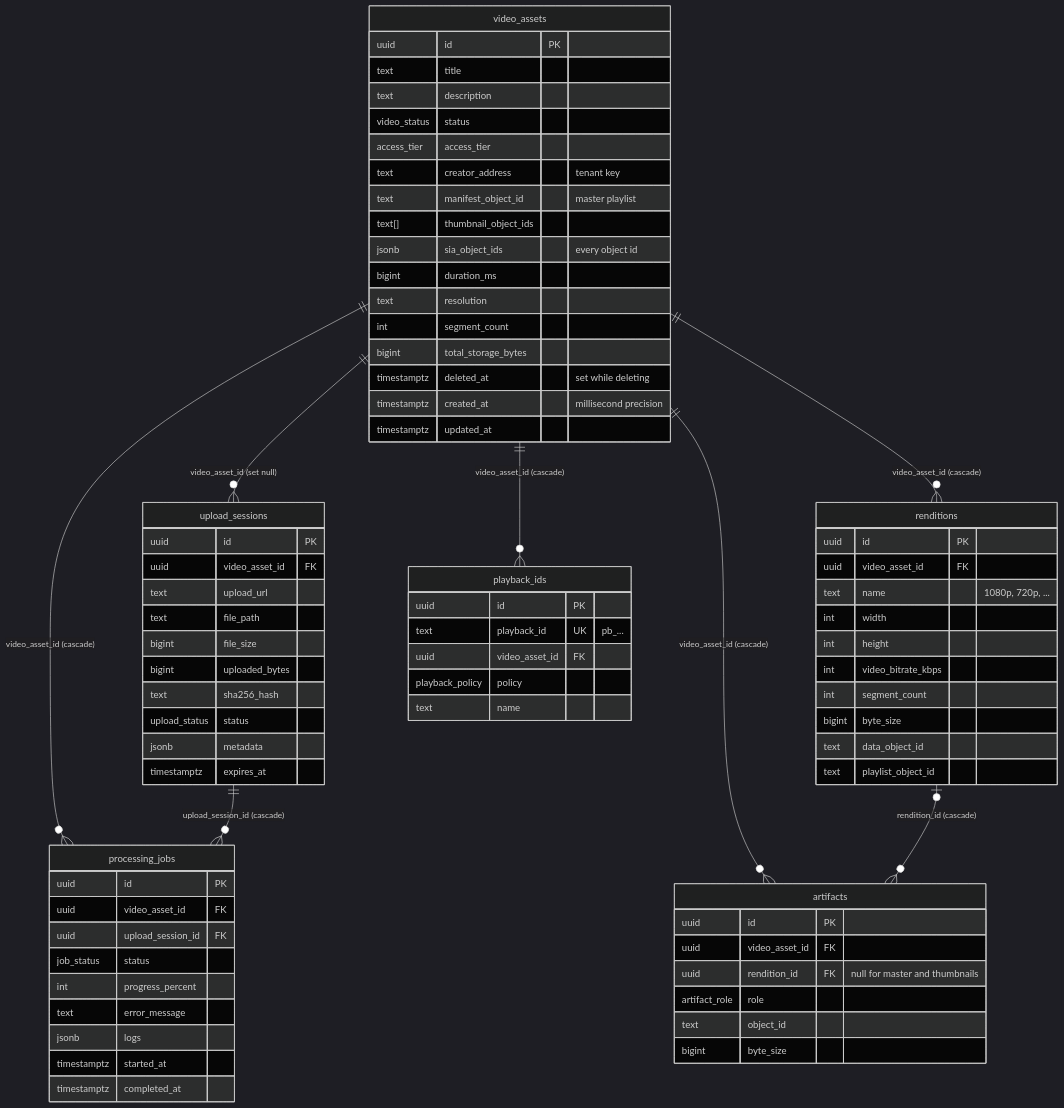
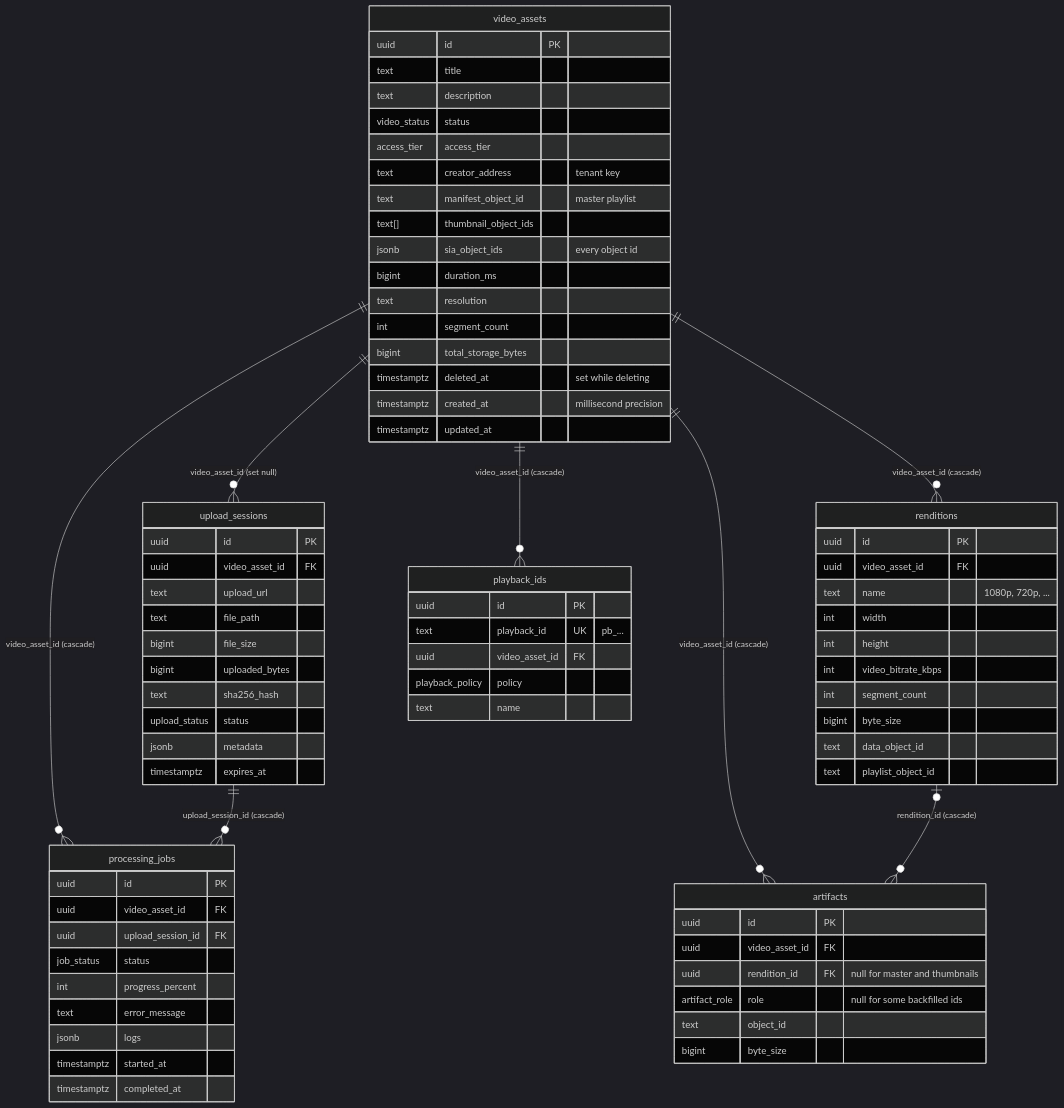
The first of 2 diagrams in docs/architecture/data-model.md (justmert/Sluby), drawn with Mermaid (dark theme) before and after one commit. The commit also changed other lines of this file and 10 other files, not shown here.

````diff
--- a/docs/architecture/data-model.md
+++ b/docs/architecture/data-model.md
@@ -11,80 +11,80 @@
 ```mermaid
 erDiagram
   direction TB
   video_assets ||--o{ upload_sessions : "video_asset_id (set null)"
   video_assets ||--o{ processing_jobs : "video_asset_id (cascade)"
   upload_sessions ||--o{ processing_jobs : "upload_session_id (cascade)"
   video_assets ||--o{ renditions : "video_asset_id (cascade)"
   video_assets ||--o{ artifacts : "video_asset_id (cascade)"
   renditions |o--o{ artifacts : "rendition_id (cascade)"
   video_assets ||--o{ playback_ids : "video_asset_id (cascade)"
 
   video_assets {
     uuid id PK
     text title
     text description
     video_status status
     access_tier access_tier
     text creator_address "tenant key"
     text manifest_object_id "master playlist"
     text[] thumbnail_object_ids
     jsonb sia_object_ids "every object id"
     bigint duration_ms
     text resolution
     int segment_count
     bigint total_storage_bytes
     timestamptz deleted_at "set while deleting"
     timestamptz created_at "millisecond precision"
     timestamptz updated_at
   }
   upload_sessions {
     uuid id PK
     uuid video_asset_id FK
     text upload_url
     text file_path
     bigint file_size
     bigint uploaded_bytes
     text sha256_hash
     upload_status status
     jsonb metadata
     timestamptz expires_at
   }
   processing_jobs {
     uuid id PK
     uuid video_asset_id FK
     uuid upload_session_id FK
     job_status status
     int progress_percent
     text error_message
     jsonb logs
     timestamptz started_at
     timestamptz completed_at
   }
   renditions {
     uuid id PK
     uuid video_asset_id FK
     text name "1080p, 720p, ..."
     int width
     int height
     int video_bitrate_kbps
     int segment_count
     bigint byte_size
     text data_object_id
     text playlist_object_id
   }
   artifacts {
     uuid id PK
     uuid video_asset_id FK
     uuid rendition_id FK "null for master and thumbnails"
-    artifact_role role
+    artifact_role role "null for some backfilled ids"
     text object_id
     bigint byte_size
   }
   playback_ids {
     uuid id PK
     text playback_id UK "pb_..."
     uuid video_asset_id FK
     playback_policy policy
     text name
   }
 ```
````
